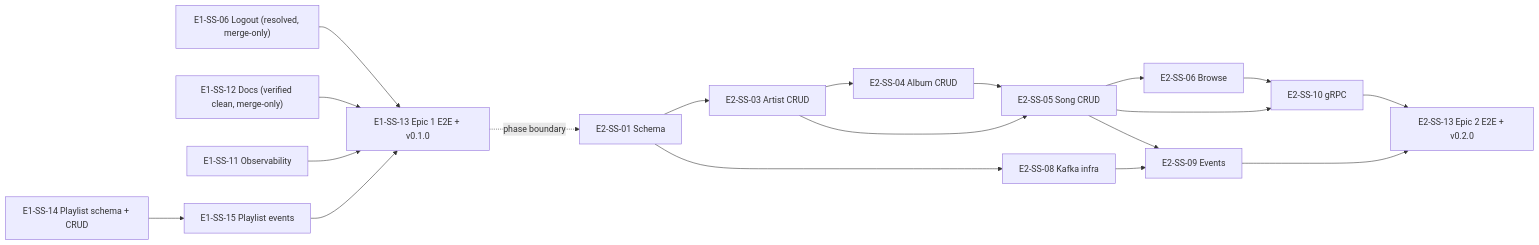
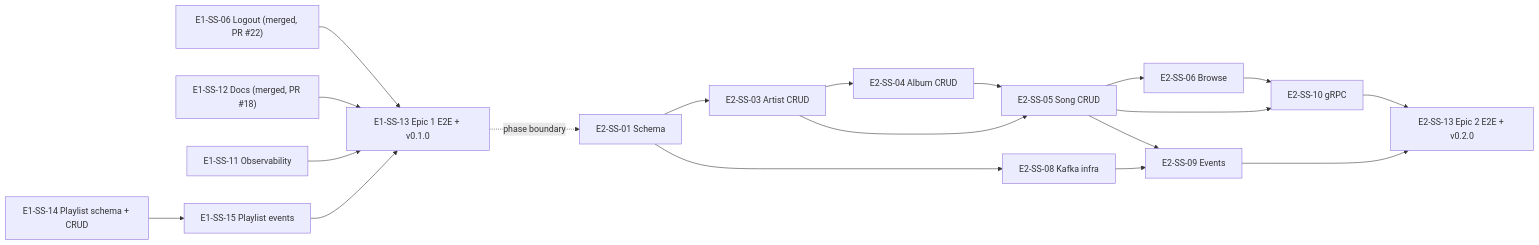
The second of 2 diagrams in Sprint deliverables/Epic 2/Sprint Tracker/Sprint 1/Sprint1_Tracker.md (jeelan-ds786/music-recommender-system), drawn with Mermaid before and after one commit. The commit also changed other lines of this file and 2 other files, not shown here.

````diff
--- a/Sprint deliverables/Epic 2/Sprint Tracker/Sprint 1/Sprint1_Tracker.md
+++ b/Sprint deliverables/Epic 2/Sprint Tracker/Sprint 1/Sprint1_Tracker.md
@@ -50,30 +50,30 @@
 ```mermaid
 flowchart LR
-    T06["E1-SS-06 Logout (resolved, merge-only)"]
-    T12["E1-SS-12 Docs (verified clean, merge-only)"]
+    T06["E1-SS-06 Logout (merged, PR #22)"]
+    T12["E1-SS-12 Docs (merged, PR #18)"]
     T11["E1-SS-11 Observability"]
     T14["E1-SS-14 Playlist schema + CRUD"]
     T15["E1-SS-15 Playlist events"]
     T13a["E1-SS-13 Epic 1 E2E + v0.1.0"]
 
     T14 --> T15
     T06 --> T13a
     T11 --> T13a
     T12 --> T13a
     T15 --> T13a
 
     T13a -.phase boundary.-> T01["E2-SS-01 Schema"]
 
     T01 --> T03["E2-SS-03 Artist CRUD"]
     T01 --> T08["E2-SS-08 Kafka infra"]
     T03 --> T04["E2-SS-04 Album CRUD"]
     T03 --> T05["E2-SS-05 Song CRUD"]
     T04 --> T05
     T05 --> T06b["E2-SS-06 Browse"]
     T05 --> T10["E2-SS-10 gRPC"]
     T06b --> T10
     T05 --> T09["E2-SS-09 Events"]
     T08 --> T09
     T09 --> T13b["E2-SS-13 Epic 2 E2E + v0.2.0"]
     T10 --> T13b
 ```
````
